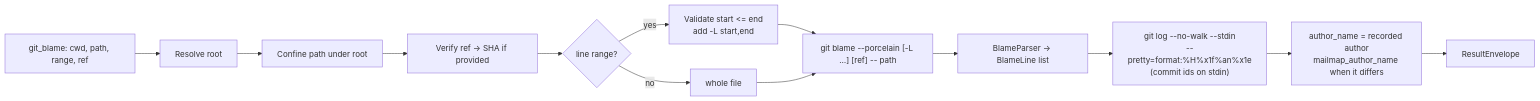
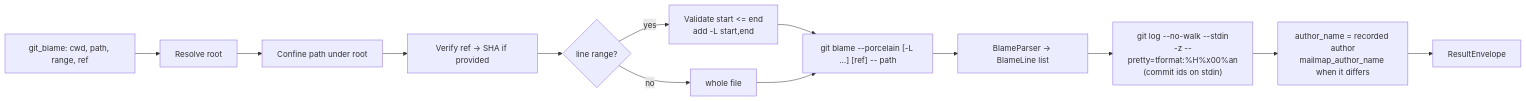
The seventh of 15 diagrams in src/RaccoonNinja.McpToolset.Server.GitOps/README.md (brenordv/mcp-toolset), drawn with Mermaid before and after one commit. The commit also changed other lines of this file and 36 other files, not shown here.

````diff
--- a/src/RaccoonNinja.McpToolset.Server.GitOps/README.md
+++ b/src/RaccoonNinja.McpToolset.Server.GitOps/README.md
@@ -351,15 +361,15 @@
 ```mermaid
 flowchart LR
     A[git_blame: cwd, path, range, ref] --> B[Resolve root]
     B --> C[Confine path under root]
     C --> D[Verify ref → SHA if provided]
     D --> E{line range?}
     E -- yes --> F["Validate start &lt;= end<br/>add -L start,end"]
     E -- no --> G[whole file]
     F --> H["git blame --porcelain [-L …] [ref] -- path"]
     G --> H
     H --> I[BlameParser → BlameLine list]
-    I --> K["git log --no-walk --stdin<br/>--pretty=format:%H%x1f%an%x1e<br/>(commit ids on stdin)"]
+    I --> K["git log --no-walk --stdin<br/>-z --pretty=tformat:%H%x00%an<br/>(commit ids on stdin)"]
     K --> L[author_name = recorded author<br/>mailmap_author_name when it differs]
     L --> J[ResultEnvelope]
 ```
````
